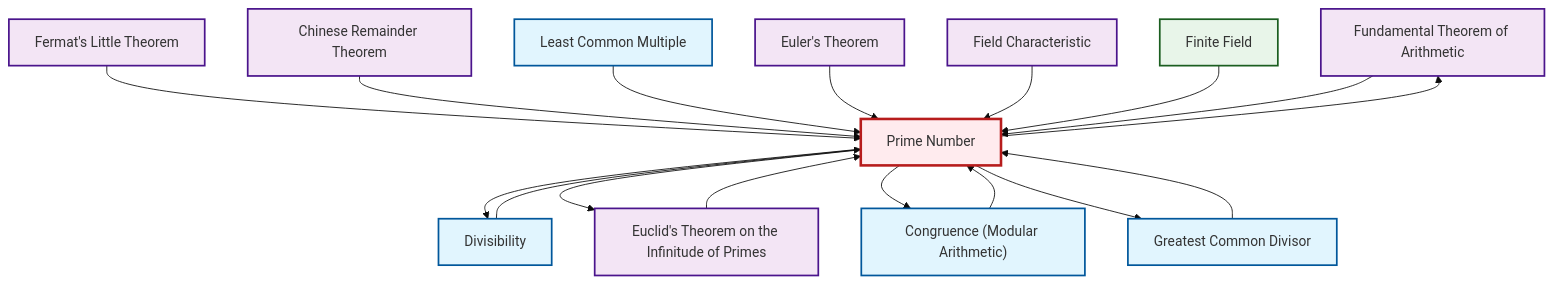
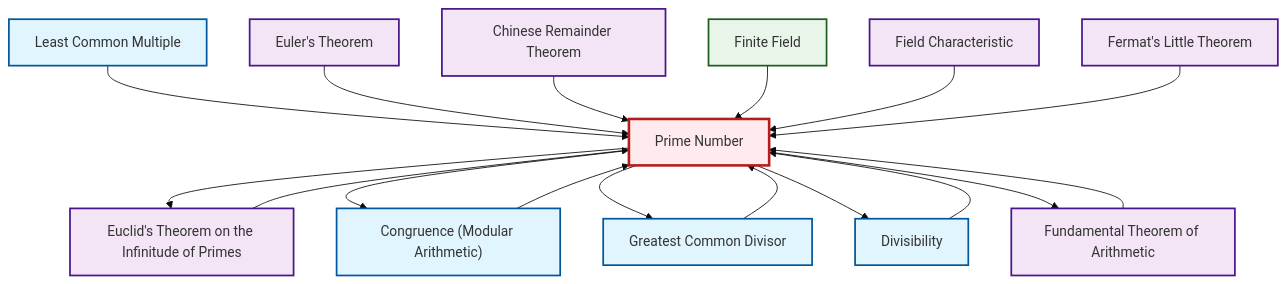
The diagram in output/mermaid/en/def-prime.mermaid (RK0429/ModernMath), drawn with Mermaid (base theme) before and after one commit. The commit also changed other lines of this file and 1803 other files, not shown here.

```diff
--- a/output/mermaid/en/def-prime.mermaid
+++ b/output/mermaid/en/def-prime.mermaid
@@ -1,35 +1,35 @@
 graph TD
     classDef definition fill:#e1f5fe,stroke:#01579b,stroke-width:2px
     classDef theorem fill:#f3e5f5,stroke:#4a148c,stroke-width:2px
     classDef axiom fill:#fff3e0,stroke:#e65100,stroke-width:2px
     classDef example fill:#e8f5e9,stroke:#1b5e20,stroke-width:2px
     classDef current fill:#ffebee,stroke:#b71c1c,stroke-width:3px
+    ex-finite-field["Finite Field"]:::example
+    def-gcd["Greatest Common Divisor"]:::definition
+    def-lcm["Least Common Multiple"]:::definition
     thm-fundamental-arithmetic["Fundamental Theorem of Arithmetic"]:::theorem
-    thm-euler["Euler's Theorem"]:::theorem
-    thm-fermat-little["Fermat's Little Theorem"]:::theorem
-    ex-finite-field["Finite Field"]:::example
-    def-lcm["Least Common Multiple"]:::definition
-    def-gcd["Greatest Common Divisor"]:::definition
-    def-prime["Prime Number"]:::definition
+    def-congruence["Congruence (Modular Arithmetic)"]:::definition
     thm-euclid-infinitude-primes["Euclid's Theorem on the Infinitude of Primes"]:::theorem
-    thm-chinese-remainder["Chinese Remainder Theorem"]:::theorem
-    def-congruence["Congruence (Modular Arithmetic)"]:::definition
     thm-field-characteristic["Field Characteristic"]:::theorem
     def-divisibility["Divisibility"]:::definition
+    thm-chinese-remainder["Chinese Remainder Theorem"]:::theorem
+    thm-euler["Euler's Theorem"]:::theorem
+    def-prime["Prime Number"]:::definition
+    thm-fermat-little["Fermat's Little Theorem"]:::theorem
+    def-prime --> thm-euclid-infinitude-primes
+    thm-fundamental-arithmetic --> def-prime
+    def-prime --> def-congruence
+    def-lcm --> def-prime
+    thm-euclid-infinitude-primes --> def-prime
+    def-congruence --> def-prime
+    def-prime --> def-gcd
+    def-prime --> def-divisibility
+    thm-euler --> def-prime
+    thm-chinese-remainder --> def-prime
+    def-divisibility --> def-prime
+    ex-finite-field --> def-prime
+    thm-field-characteristic --> def-prime
+    def-prime --> thm-fundamental-arithmetic
     thm-fermat-little --> def-prime
     def-gcd --> def-prime
-    thm-chinese-remainder --> def-prime
-    def-lcm --> def-prime
-    thm-euler --> def-prime
-    def-congruence --> def-prime
-    def-prime --> def-divisibility
-    thm-field-characteristic --> def-prime
-    ex-finite-field --> def-prime
-    thm-euclid-infinitude-primes --> def-prime
-    thm-fundamental-arithmetic --> def-prime
-    def-prime --> thm-fundamental-arithmetic
-    def-prime --> thm-euclid-infinitude-primes
-    def-prime --> def-congruence
-    def-prime --> def-gcd
-    def-divisibility --> def-prime
     class def-prime current
```
